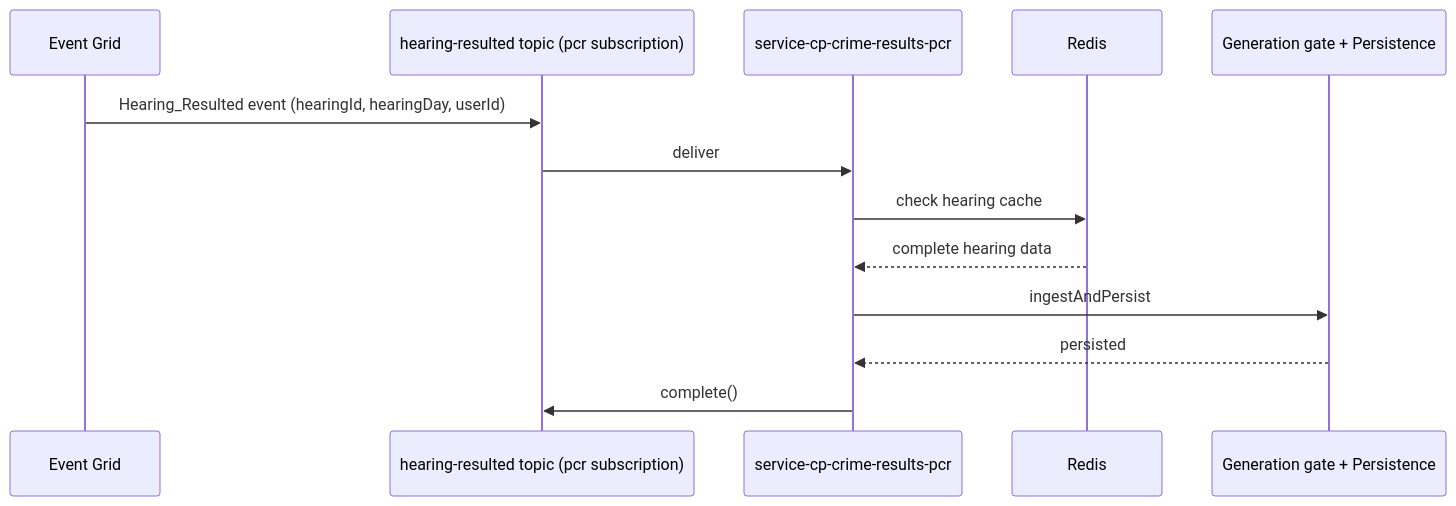
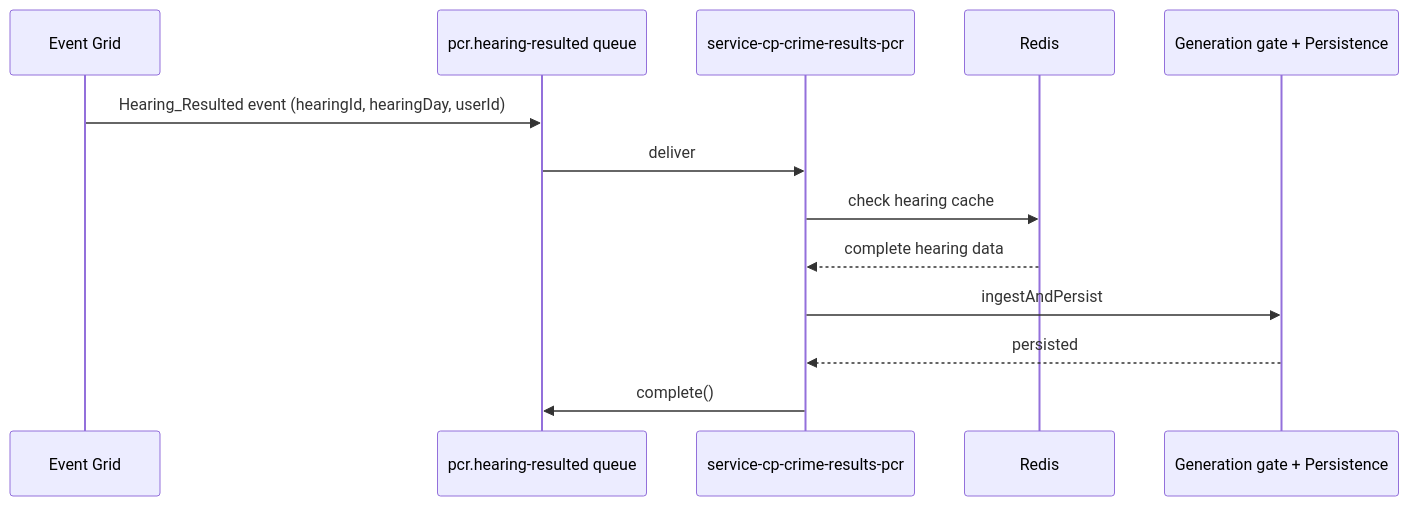
The second of 5 diagrams in docs/designs/2026-08-17-pcr-eventgrid-servicebus-ingestion-design.md (hmcts/service-cp-crime-results-pcr), drawn with Mermaid before and after one commit. The commit also changed other lines of this file and 1 other file, not shown here.

First line of the commit message:
docs(pcr): revise Service Bus ingestion to a dedicated queue per consumer

````diff
--- a/docs/designs/2026-08-17-pcr-eventgrid-servicebus-ingestion-design.md
+++ b/docs/designs/2026-08-17-pcr-eventgrid-servicebus-ingestion-design.md
@@ -113,16 +120,16 @@
 ```mermaid
 sequenceDiagram
     participant EG as Event Grid
-    participant Q as hearing-resulted topic (pcr subscription)
+    participant Q as pcr.hearing-resulted queue
     participant C as service-cp-crime-results-pcr
     participant R as Redis
     participant P as Generation gate + Persistence
 
     EG->>Q: Hearing_Resulted event (hearingId, hearingDay, userId)
     Q->>C: deliver
     C->>R: check hearing cache
     R-->>C: complete hearing data
     C->>P: ingestAndPersist
     P-->>C: persisted
     C->>Q: complete()
 ```
````
